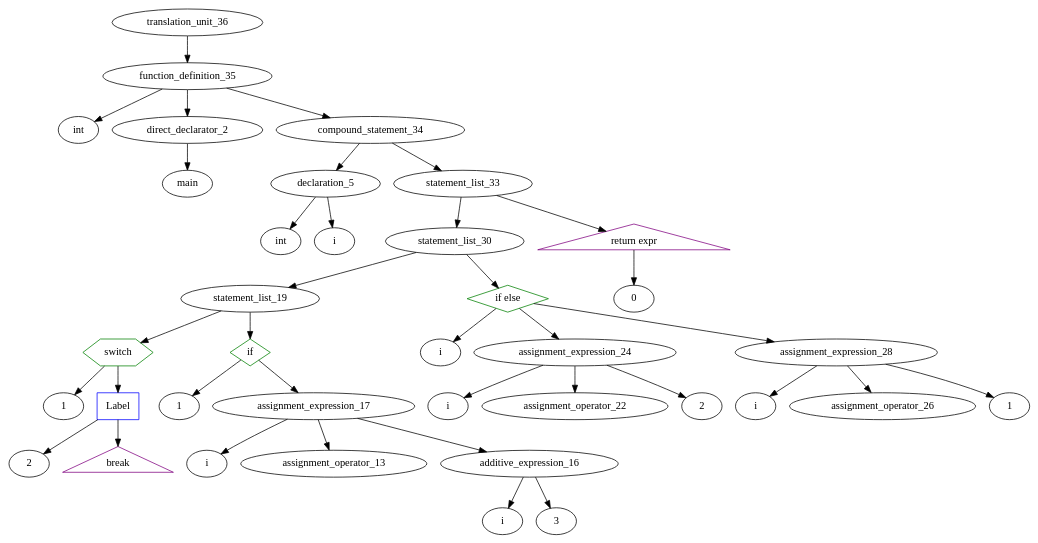
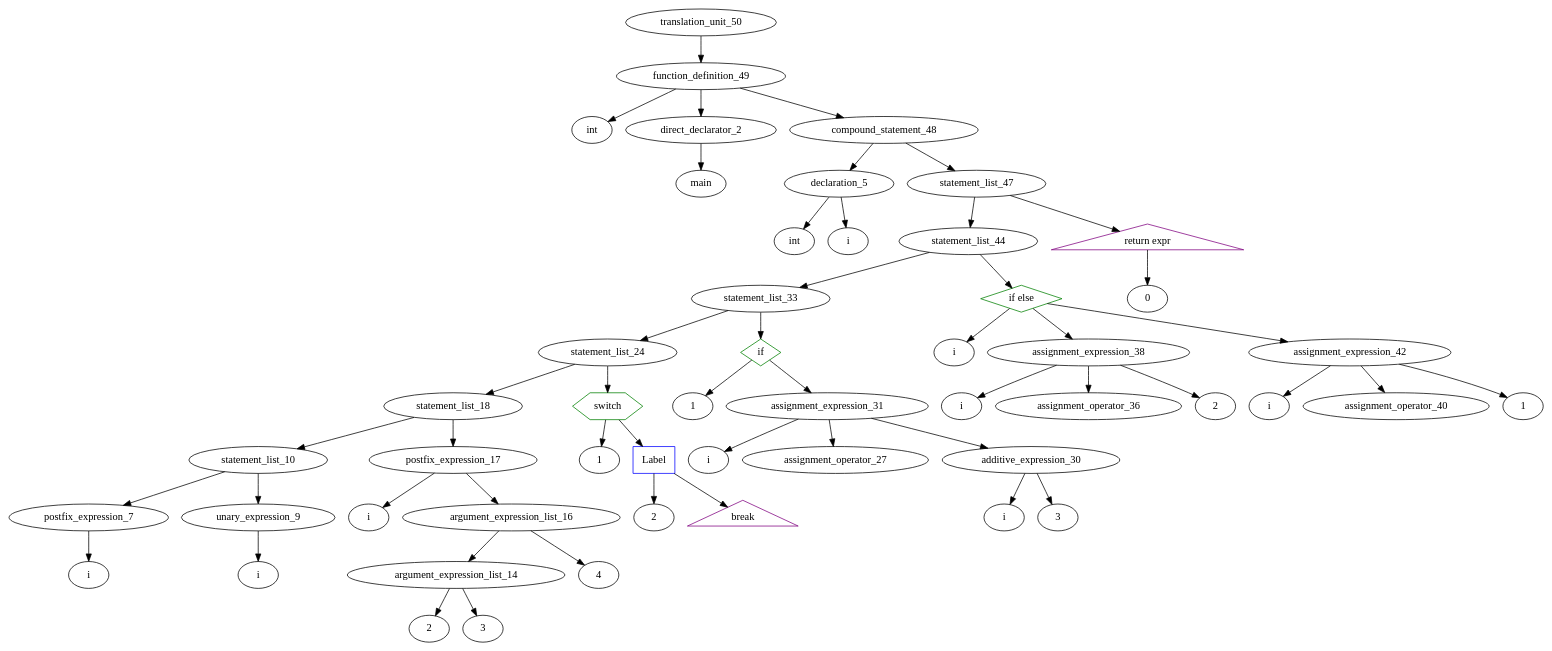
Before and after one commit to ahpalmerUNR/c_compiler: the diagram in graphs/default.gv, drawn with Graphviz. The commit also changed 5 other files, not shown here.

```diff
--- a/graphs/default.gv
+++ b/graphs/default.gv
@@ -1,60 +1,80 @@
 digraph AST {
-	translation_unit_36 -> function_definition_35;
-	function_definition_35 -> type_specifier_0;
+	translation_unit_50 -> function_definition_49;
+	function_definition_49 -> type_specifier_0;
 	type_specifier_0 [label="int"]
-	function_definition_35 -> direct_declarator_2;
+	function_definition_49 -> direct_declarator_2;
 	direct_declarator_2 -> identifier_1;
 	identifier_1 [label="main"]
-	function_definition_35 -> compound_statement_34;
-	compound_statement_34 -> declaration_5;
+	function_definition_49 -> compound_statement_48;
+	compound_statement_48 -> declaration_5;
 	declaration_5 -> type_specifier_3;
 	type_specifier_3 [label="int"]
 	declaration_5 -> identifier_4;
 	identifier_4 [label="i"]
-	compound_statement_34 -> statement_list_33;
-	statement_list_33 -> statement_list_30;
-	statement_list_30 -> statement_list_19;
-	statement_list_19 -> selection_statement_10;
-	selection_statement_10 [shape=hexagon,color=green,label="switch"]
-	selection_statement_10 -> constant_6;
-	constant_6 [label="1"]
-	selection_statement_10 -> labeled_statement_9;
-	labeled_statement_9 [shape = box,color=blue,label="Label"]
-	labeled_statement_9 -> constant_7;
-	constant_7 [label="2"]
-	labeled_statement_9 -> jump_statement_8;
-	jump_statement_8 [shape = triangle,color=purple,label="break"]
-	statement_list_19 -> selection_statement_18;
-	selection_statement_18 [shape=diamond,color=green,label="if"]
-	selection_statement_18 -> constant_11;
-	constant_11 [label="1"]
-	selection_statement_18 -> assignment_expression_17;
-	assignment_expression_17 -> identifier_12;
-	identifier_12 [label="i"]
-	assignment_expression_17 -> assignment_operator_13;
-	assignment_expression_17 -> additive_expression_16;
-	additive_expression_16 -> identifier_14;
-	identifier_14 [label="i"]
-	additive_expression_16 -> constant_15;
-	constant_15 [label="3"]
-	statement_list_30 -> selection_statement_29;
-	selection_statement_29 [shape=diamond,color=green,label="if else"]
-	selection_statement_29 -> identifier_20;
-	identifier_20 [label="i"]
-	selection_statement_29 -> assignment_expression_24;
-	assignment_expression_24 -> identifier_21;
-	identifier_21 [label="i"]
-	assignment_expression_24 -> assignment_operator_22;
-	assignment_expression_24 -> constant_23;
-	constant_23 [label="2"]
-	selection_statement_29 -> assignment_expression_28;
-	assignment_expression_28 -> identifier_25;
-	identifier_25 [label="i"]
-	assignment_expression_28 -> assignment_operator_26;
-	assignment_expression_28 -> constant_27;
-	constant_27 [label="1"]
-	statement_list_33 -> jump_statement_32;
-	jump_statement_32 [shape = triangle,color=purple,label="return expr"]
-	jump_statement_32 -> constant_31;
-	constant_31 [label="0"]
+	compound_statement_48 -> statement_list_47;
+	statement_list_47 -> statement_list_44;
+	statement_list_44 -> statement_list_33;
+	statement_list_33 -> statement_list_24;
+	statement_list_24 -> statement_list_18;
+	statement_list_18 -> statement_list_10;
+	statement_list_10 -> postfix_expression_7;
+	postfix_expression_7 -> identifier_6;
+	identifier_6 [label="i"]
+	statement_list_10 -> unary_expression_9;
+	unary_expression_9 -> identifier_8;
+	identifier_8 [label="i"]
+	statement_list_18 -> postfix_expression_17;
+	postfix_expression_17 -> identifier_11;
+	identifier_11 [label="i"]
+	postfix_expression_17 -> argument_expression_list_16;
+	argument_expression_list_16 -> argument_expression_list_14;
+	argument_expression_list_14 -> constant_12;
+	constant_12 [label="2"]
+	argument_expression_list_14 -> constant_13;
+	constant_13 [label="3"]
+	argument_expression_list_16 -> constant_15;
+	constant_15 [label="4"]
+	statement_list_24 -> selection_statement_23;
+	selection_statement_23 [shape=hexagon,color=green,label="switch"]
+	selection_statement_23 -> constant_19;
+	constant_19 [label="1"]
+	selection_statement_23 -> labeled_statement_22;
+	labeled_statement_22 [shape = box,color=blue,label="Label"]
+	labeled_statement_22 -> constant_20;
+	constant_20 [label="2"]
+	labeled_statement_22 -> jump_statement_21;
+	jump_statement_21 [shape = triangle,color=purple,label="break"]
+	statement_list_33 -> selection_statement_32;
+	selection_statement_32 [shape=diamond,color=green,label="if"]
+	selection_statement_32 -> constant_25;
+	constant_25 [label="1"]
+	selection_statement_32 -> assignment_expression_31;
+	assignment_expression_31 -> identifier_26;
+	identifier_26 [label="i"]
+	assignment_expression_31 -> assignment_operator_27;
+	assignment_expression_31 -> additive_expression_30;
+	additive_expression_30 -> identifier_28;
+	identifier_28 [label="i"]
+	additive_expression_30 -> constant_29;
+	constant_29 [label="3"]
+	statement_list_44 -> selection_statement_43;
+	selection_statement_43 [shape=diamond,color=green,label="if else"]
+	selection_statement_43 -> identifier_34;
+	identifier_34 [label="i"]
+	selection_statement_43 -> assignment_expression_38;
+	assignment_expression_38 -> identifier_35;
+	identifier_35 [label="i"]
+	assignment_expression_38 -> assignment_operator_36;
+	assignment_expression_38 -> constant_37;
+	constant_37 [label="2"]
+	selection_statement_43 -> assignment_expression_42;
+	assignment_expression_42 -> identifier_39;
+	identifier_39 [label="i"]
+	assignment_expression_42 -> assignment_operator_40;
+	assignment_expression_42 -> constant_41;
+	constant_41 [label="1"]
+	statement_list_47 -> jump_statement_46;
+	jump_statement_46 [shape = triangle,color=purple,label="return expr"]
+	jump_statement_46 -> constant_45;
+	constant_45 [label="0"]
 }
```
